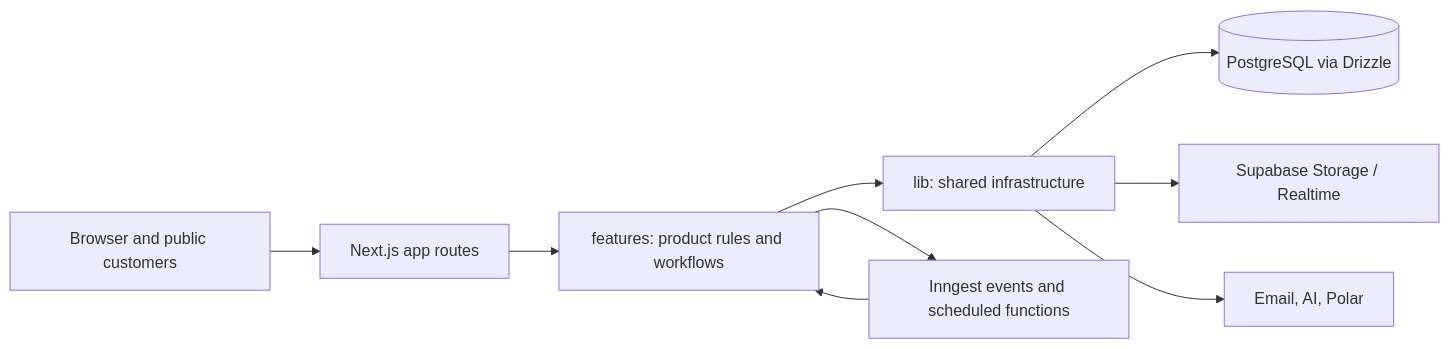
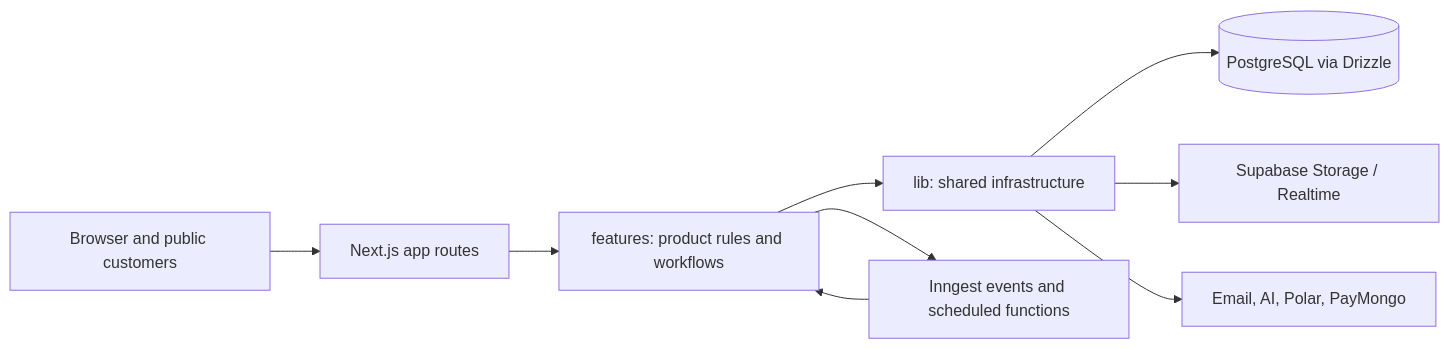
Before and after one commit to Requo-App/requo: the diagram in docs/architecture/TRD.md, drawn with Mermaid. The commit also changed other lines of this file and 57 other files, not shown here.

First line of the commit message:
feat(billing): accept one-time QR Ph payments via PayMongo (#182)

````diff
--- a/docs/architecture/TRD.md
+++ b/docs/architecture/TRD.md
@@ -27,11 +27,11 @@
 ```mermaid
 flowchart LR
   Browser[Browser and public customers] --> App[Next.js app routes]
   App --> Features[features: product rules and workflows]
   Features --> Lib[lib: shared infrastructure]
   Lib --> DB[(PostgreSQL via Drizzle)]
   Lib --> Storage[Supabase Storage / Realtime]
-  Lib --> Providers[Email, AI, Polar]
+  Lib --> Providers[Email, AI, Polar, PayMongo]
   Features --> Jobs[Inngest events and scheduled functions]
   Jobs --> Features
 ```
````
